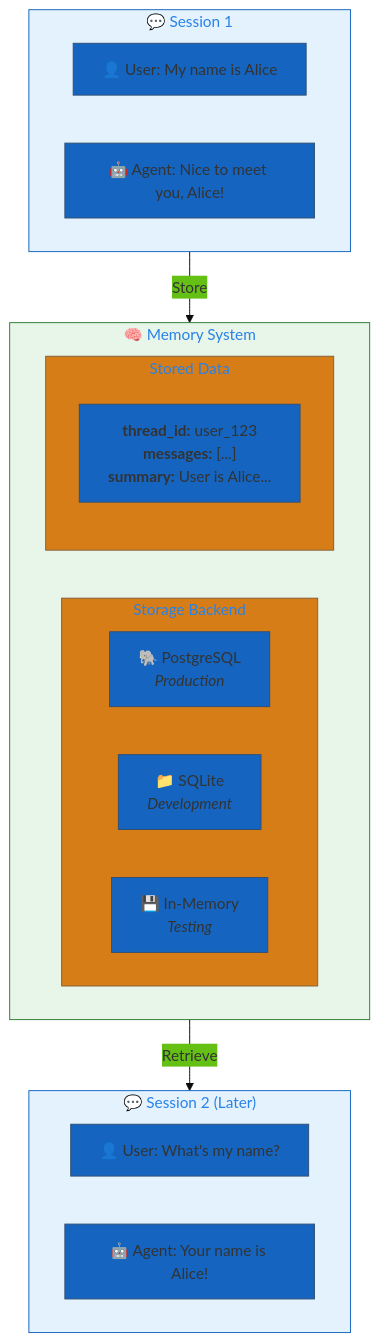
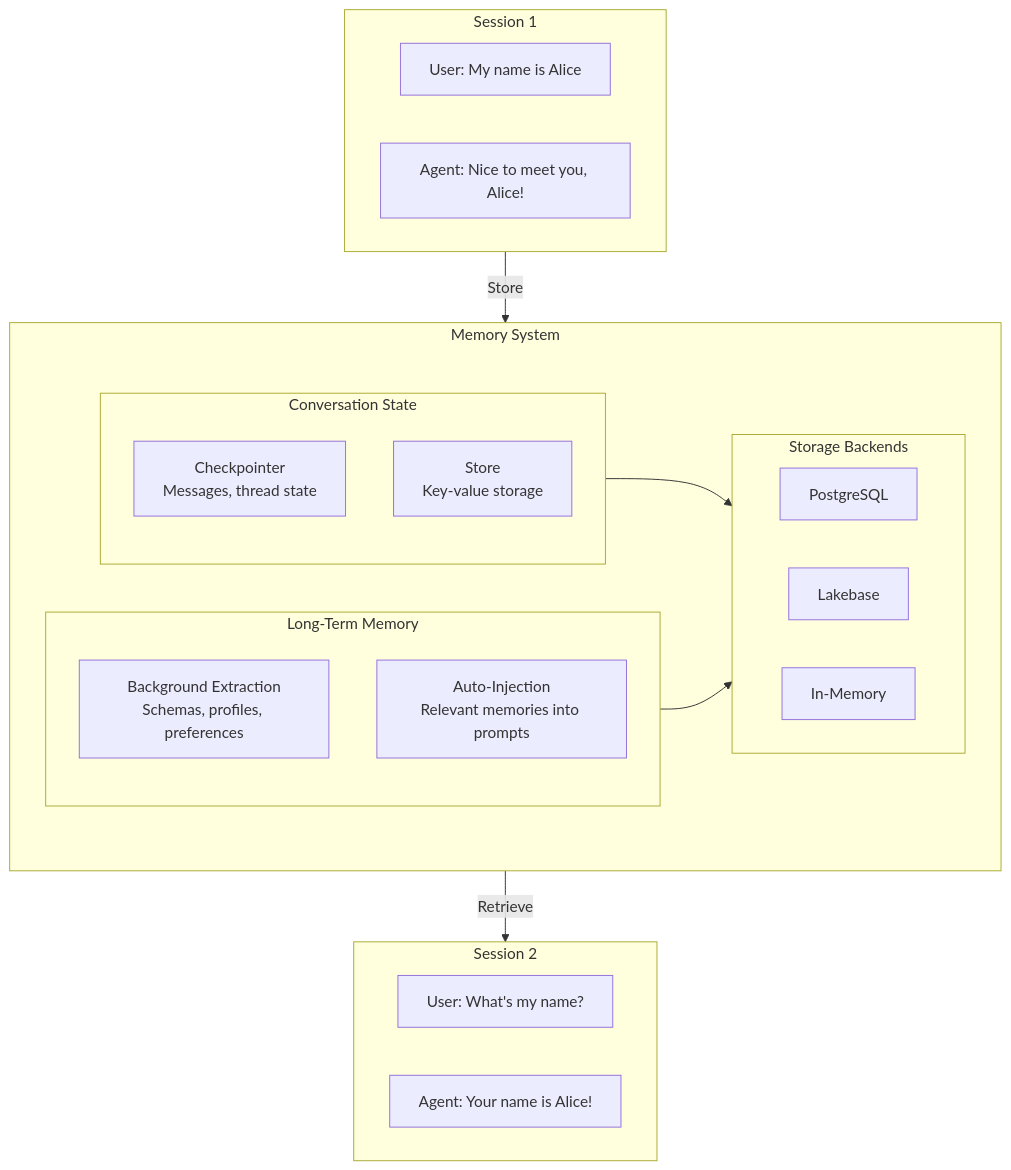
One commit to natefleming/retail-ai changed the first of 2 diagrams in config/examples/05_memory/README.md. Above: the diagram before and after it, drawn with Mermaid. The commit also changed other lines of this file and 31 other files, not shown here.

````diff
--- a/config/examples/05_memory/README.md
+++ b/config/examples/05_memory/README.md
@@ -9,33 +9,36 @@
 ```mermaid
-%%{init: {'theme': 'base', 'themeVariables': { 'primaryColor': '#1565c0'}}}%%
 flowchart TB
-    subgraph Session1["💬 Session 1"]
-        U1["👤 User: My name is Alice"]
-        A1["🤖 Agent: Nice to meet you, Alice!"]
+    subgraph session1 [Session 1]
+        U1["User: My name is Alice"]
+        A1["Agent: Nice to meet you, Alice!"]
     end
 
-    subgraph Memory["🧠 Memory System"]
-        subgraph Backends["Storage Backend"]
+    subgraph memSystem [Memory System]
+        subgraph convState [Conversation State]
+            Checkpointer["Checkpointer<br/>Messages, thread state"]
+            Store["Store<br/>Key-value storage"]
+        end
+
+        subgraph longTerm [Long-Term Memory]
+            Extraction["Background Extraction<br/>Schemas, profiles, preferences"]
+            Injection["Auto-Injection<br/>Relevant memories into prompts"]
+        end
+
+        subgraph backends [Storage Backends]
             direction LR
-            PG["🐘 PostgreSQL<br/><i>Production</i>"]
-            SQLite["📁 SQLite<br/><i>Development</i>"]
-            InMem["💾 In-Memory<br/><i>Testing</i>"]
-        end
-        
-        subgraph Data["Stored Data"]
-            Thread["<b>thread_id:</b> user_123<br/><b>messages:</b> [...]<br/><b>summary:</b> User is Alice..."]
+            PG["PostgreSQL"]
+            LB["Lakebase"]
+            InMem["In-Memory"]
         end
     end
 
-    subgraph Session2["💬 Session 2 (Later)"]
-        U2["👤 User: What's my name?"]
-        A2["🤖 Agent: Your name is Alice!"]
+    subgraph session2 [Session 2]
+        U2["User: What's my name?"]
+        A2["Agent: Your name is Alice!"]
     end
 
-    Session1 -->|"Store"| Memory
-    Memory -->|"Retrieve"| Session2
-
-    style Session1 fill:#e3f2fd,stroke:#1565c0
-    style Memory fill:#e8f5e9,stroke:#2e7d32
-    style Session2 fill:#e3f2fd,stroke:#1565c0
+    session1 -->|"Store"| memSystem
+    memSystem -->|"Retrieve"| session2
+    convState --> backends
+    longTerm --> backends
 ```
````
